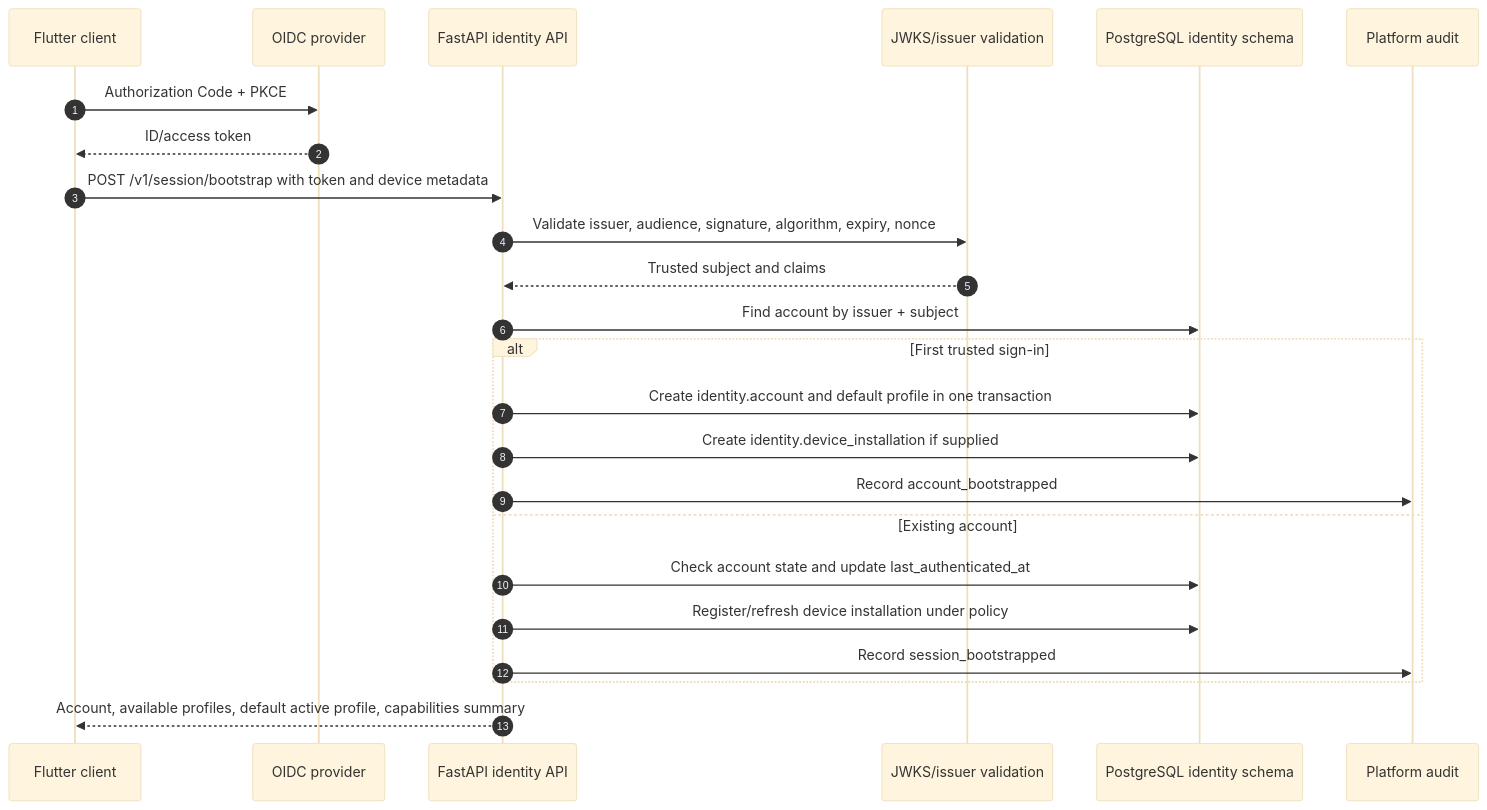
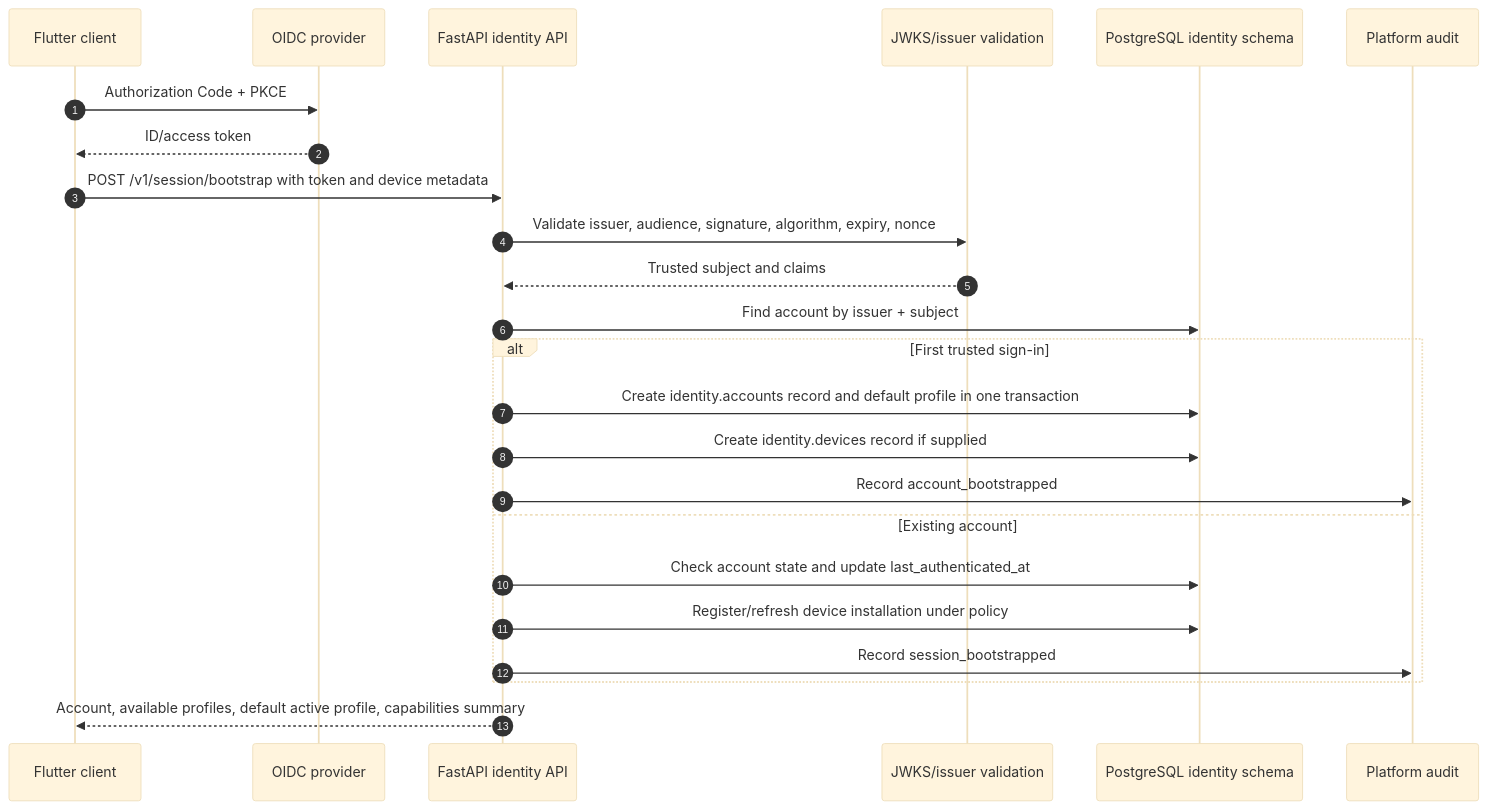
Before and after one commit to Paradox-Tech-BD/nirog-storybook: the first of 2 diagrams in docs/nirog/design-workflows/01-identity-and-access/01-account-session-and-profile.md, drawn with Mermaid (base theme). The commit also changed 56 other files, not shown here.

Commit message:
docs: add unified system architecture and reconcile contracts

````diff
--- a/docs/nirog/design-workflows/01-identity-and-access/01-account-session-and-profile.md
+++ b/docs/nirog/design-workflows/01-identity-and-access/01-account-session-and-profile.md
@@ -9,27 +9,27 @@
 ```mermaid
 sequenceDiagram
   autonumber
   participant App as Flutter client
   participant IdP as OIDC provider
   participant API as FastAPI identity API
   participant Keys as JWKS/issuer validation
   participant DB as PostgreSQL identity schema
   participant Audit as Platform audit
 
   App->>IdP: Authorization Code + PKCE
   IdP-->>App: ID/access token
   App->>API: POST /v1/session/bootstrap with token and device metadata
   API->>Keys: Validate issuer, audience, signature, algorithm, expiry, nonce
   Keys-->>API: Trusted subject and claims
   API->>DB: Find account by issuer + subject
   alt First trusted sign-in
-    API->>DB: Create identity.account and default profile in one transaction
-    API->>DB: Create identity.device_installation if supplied
+    API->>DB: Create identity.accounts record and default profile in one transaction
+    API->>DB: Create identity.devices record if supplied
     API->>Audit: Record account_bootstrapped
   else Existing account
     API->>DB: Check account state and update last_authenticated_at
     API->>DB: Register/refresh device installation under policy
     API->>Audit: Record session_bootstrapped
   end
   API-->>App: Account, available profiles, default active profile, capabilities summary
 ```
````
